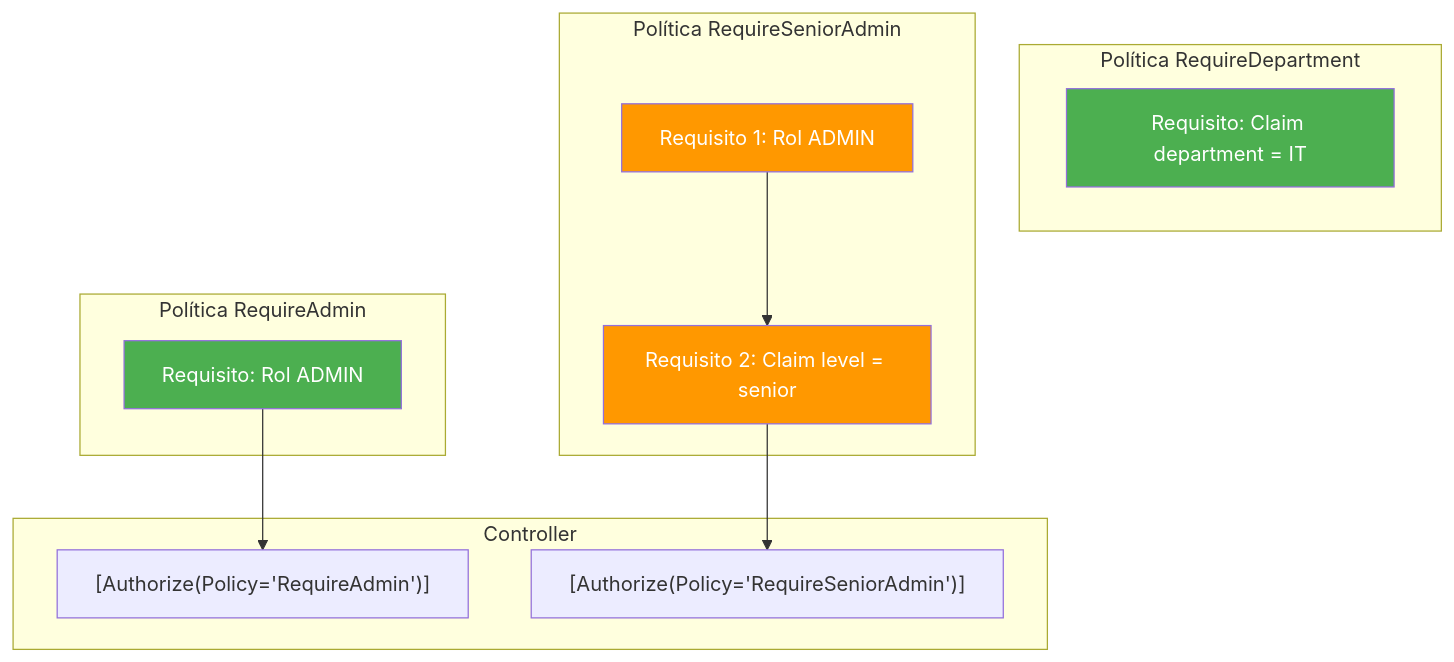
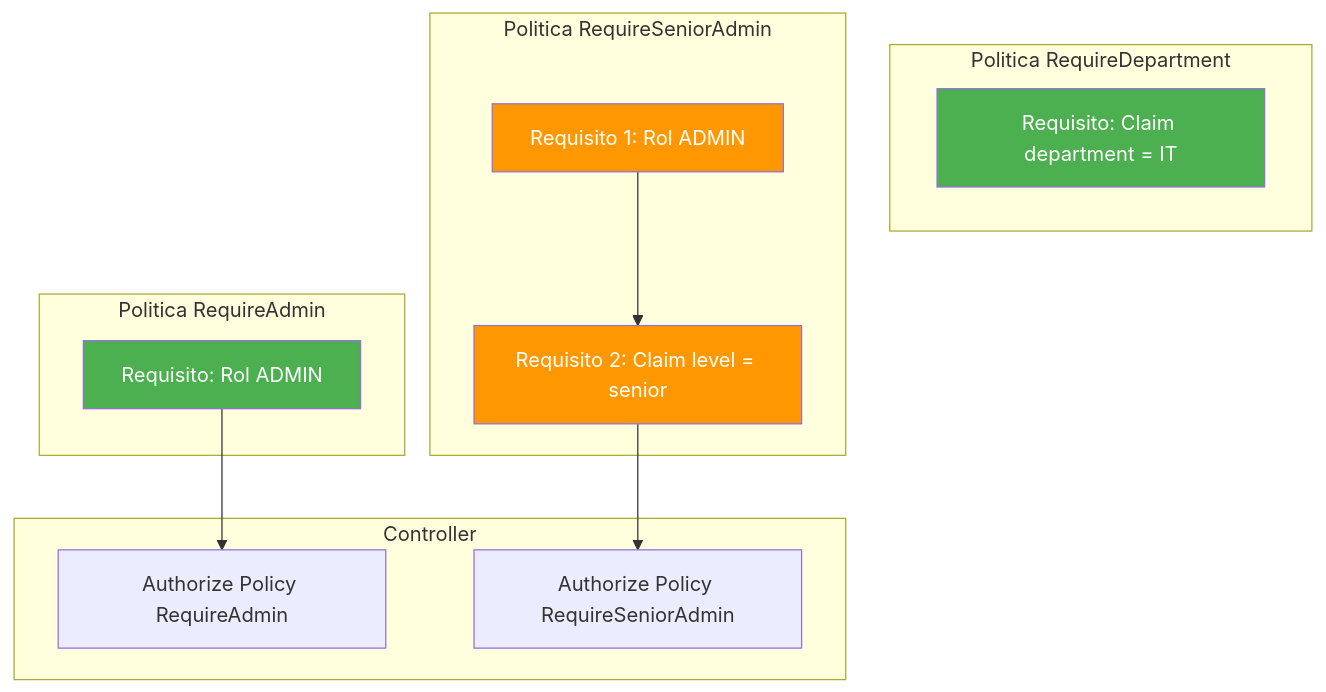
One commit to joseluisgs/DesarrolloWebEntornosServidor-02-2026-2027 changed the fifth of 9 diagrams in 17-autorizacion.md. Above: the diagram before and after it, drawn with Mermaid. The commit also changed other lines of this file and 1 other file, not shown here.

First line of the commit message:
[fix] UD02: Temas 16 y 17 reescritos con Mermaid corregido y texto explicativo

````diff
--- a/17-autorizacion.md
+++ b/17-autorizacion.md
@@ -219,29 +238,29 @@
 ```mermaid
 flowchart TD
-    subgraph "Política RequireAdmin"
+    subgraph "Politica RequireAdmin"
         R1["Requisito: Rol ADMIN"]
     end
 
-    subgraph "Política RequireDepartment"
+    subgraph "Politica RequireDepartment"
         R2["Requisito: Claim department = IT"]
     end
 
-    subgraph "Política RequireSeniorAdmin"
+    subgraph "Politica RequireSeniorAdmin"
         R3["Requisito 1: Rol ADMIN"]
         R4["Requisito 2: Claim level = senior"]
         R3 --> R4
     end
 
     subgraph "Controller"
-        C1["[Authorize(Policy='RequireAdmin')]"]
-        C2["[Authorize(Policy='RequireSeniorAdmin')]"]
+        C1["Authorize Policy RequireAdmin"]
+        C2["Authorize Policy RequireSeniorAdmin"]
     end
 
     R1 --> C1
     R4 --> C2
 
     style R1 fill:#4CAF50,color:#fff
     style R2 fill:#4CAF50,color:#fff
     style R3 fill:#FF9800,color:#fff
     style R4 fill:#FF9800,color:#fff
 ```
````
